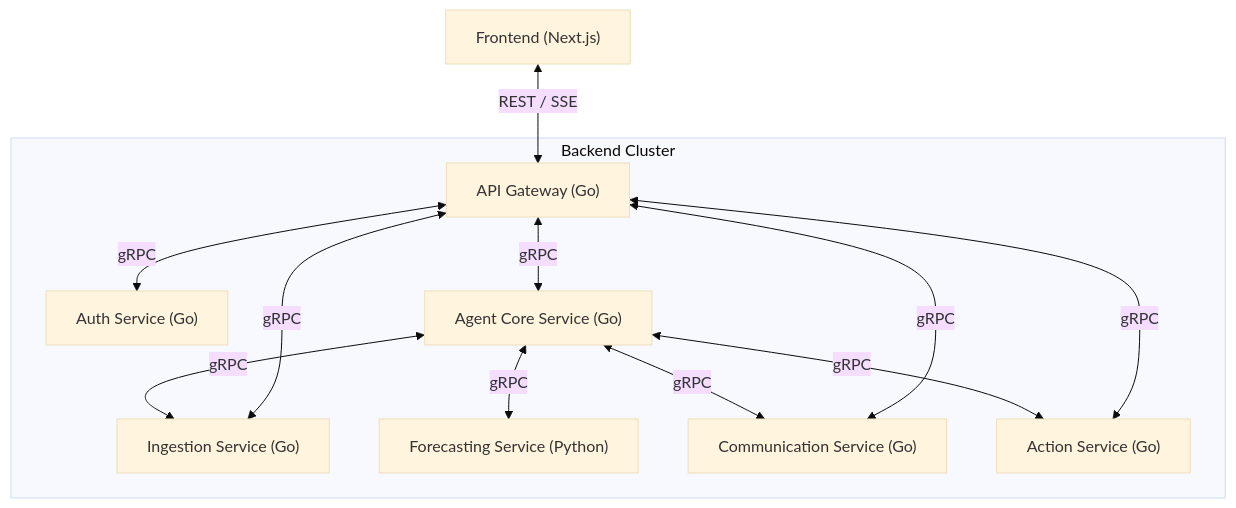
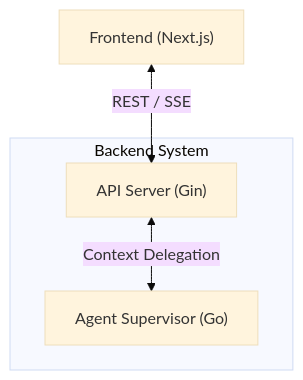
The second of 9 diagrams in docs/design_agent.md (debmalyaroy/ai-cm), drawn with Mermaid (base theme) before and after one commit. The commit also changed other lines of this file and 153 other files, not shown here.

````diff
--- a/docs/design_agent.md
+++ b/docs/design_agent.md
@@ -72,27 +72,12 @@
 ```mermaid
 graph TD
     FE["Frontend (Next.js)"]
     
-    subgraph "Backend Cluster"
-        Gateway["API Gateway (Go)"]
-        AuthSvc["Auth Service (Go)"]
-        AgentCore["Agent Core Service (Go)"]
-        IngestSvc["Ingestion Service (Go)"]
-        YieldSvc["Forecasting Service (Python)"]
-        CommSvc["Communication Service (Go)"]
-        ActionSvc["Action Service (Go)"]
+    subgraph "Backend System"
+        Gateway["API Server (Gin)"]
+        AgentCore["Agent Supervisor (Go)"]
     end
     
     FE <-->|"REST / SSE"| Gateway
-    
-    Gateway <-->|"gRPC"| AuthSvc
-    Gateway <-->|"gRPC"| AgentCore
-    Gateway <-->|"gRPC"| IngestSvc
-    Gateway <-->|"gRPC"| CommSvc
-    Gateway <-->|"gRPC"| ActionSvc
-    
-    AgentCore <-->|"gRPC"| IngestSvc
-    AgentCore <-->|"gRPC"| YieldSvc
-    AgentCore <-->|"gRPC"| CommSvc
-    AgentCore <-->|"gRPC"| ActionSvc
+    Gateway <-->|"Context Delegation"| AgentCore
 ```
````
